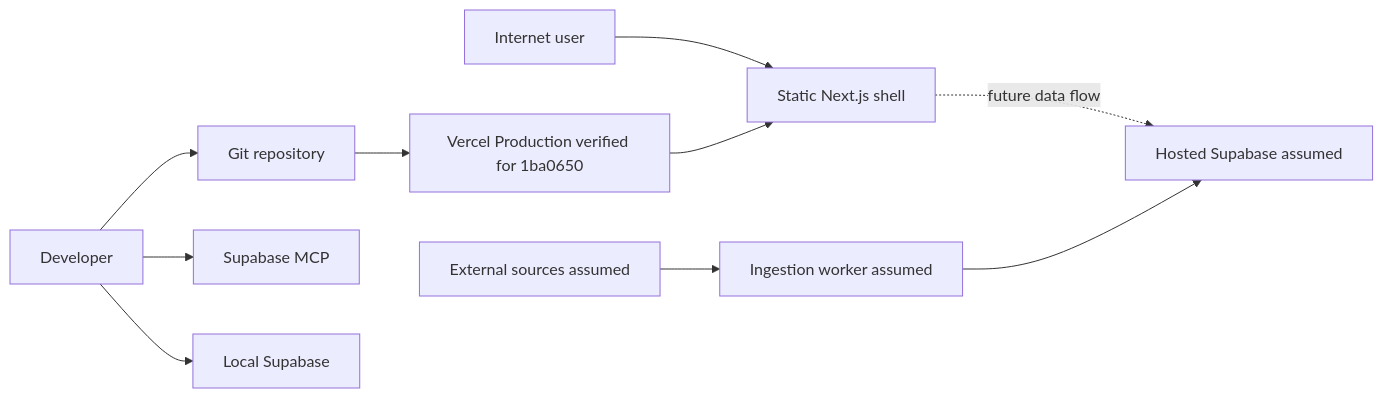
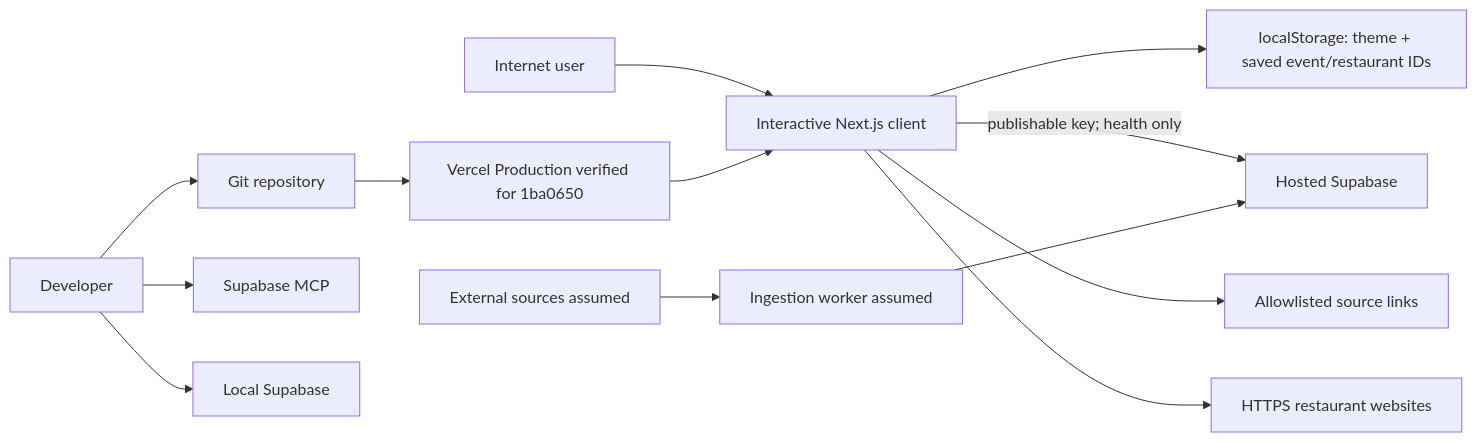
One commit to kevinmarqfarh/Staden changed the diagram in docs/security/staden-threat-model.md. Above: the diagram before and after it, drawn with Mermaid. The commit also changed other lines of this file and 21 other files, not shown here.

````diff
--- a/docs/security/staden-threat-model.md
+++ b/docs/security/staden-threat-model.md
@@ -56,12 +60,15 @@
 ```mermaid
 flowchart LR
     Dev["Developer"] --> Git["Git repository"]
     Dev --> MCP["Supabase MCP"]
     Dev --> Local["Local Supabase"]
-    User["Internet user"] --> App["Static Next.js shell"]
-    App -. "future data flow" .-> Cloud["Hosted Supabase assumed"]
+    User["Internet user"] --> App["Interactive Next.js client"]
+    App --> LocalState["localStorage: theme + saved event/restaurant IDs"]
+    App -->|"publishable key; health only"| Cloud["Hosted Supabase"]
+    App --> SourcesNow["Allowlisted source links"]
+    App --> RestaurantSites["HTTPS restaurant websites"]
     Sources["External sources assumed"] --> Worker["Ingestion worker assumed"]
     Worker --> Cloud
     Git --> Deploy["Vercel Production verified for 1ba0650"]
     Deploy --> App
 ```
````
